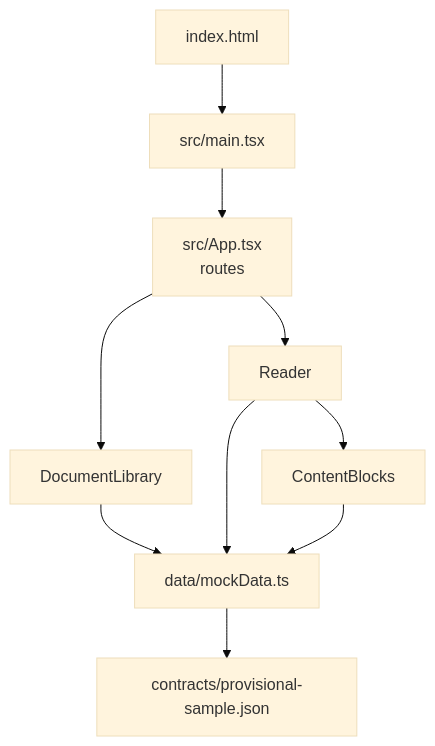
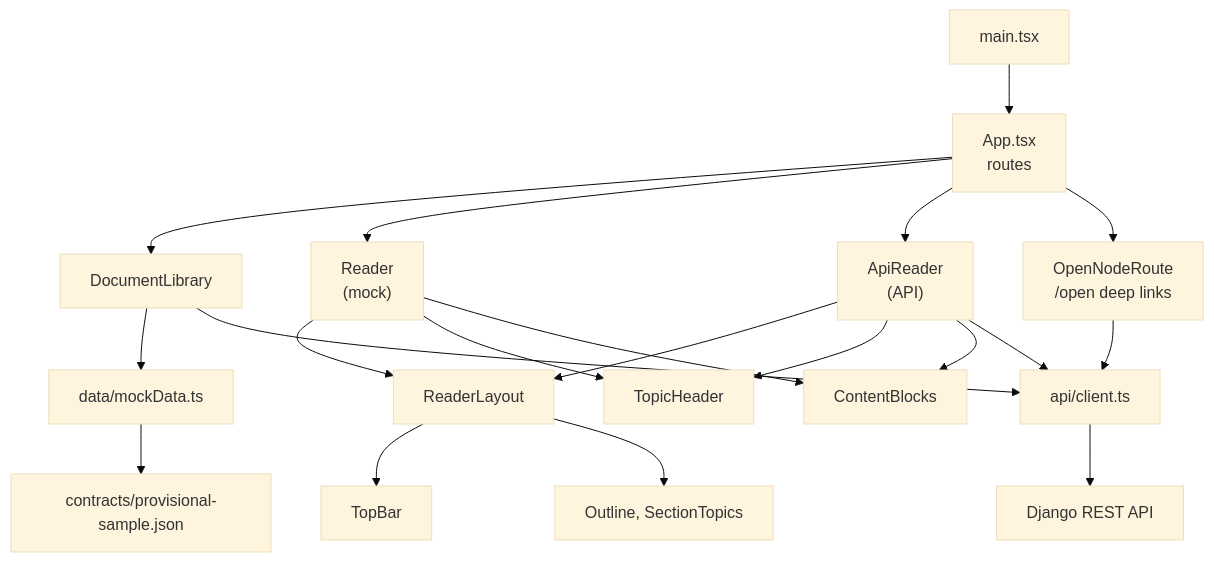
The diagram in docs/FRONTEND_GUIDE.md (kanishkagupta88666/pilot-efb), drawn with Mermaid (base theme) before and after one commit. The commit also changed other lines of this file and 6 other files, not shown here.

Commit message:
Add reader status bar and update frontend docs

````diff
--- a/docs/FRONTEND_GUIDE.md
+++ b/docs/FRONTEND_GUIDE.md
@@ -19,12 +24,22 @@
 ```mermaid
 flowchart TD
-    HTML["index.html"] --> MAIN["src/main.tsx"]
-    MAIN --> APP["src/App.tsx<br/>routes"]
+    MAIN["main.tsx"] --> APP["App.tsx<br/>routes"]
     APP --> LIB["DocumentLibrary"]
-    APP --> READER["Reader"]
+    APP --> READER["Reader<br/>(mock)"]
+    APP --> APIREADER["ApiReader<br/>(API)"]
+    APP --> OPEN["OpenNodeRoute<br/>/open deep links"]
+    READER --> LAYOUT["ReaderLayout"]
+    APIREADER --> LAYOUT
+    LAYOUT --> TOPBAR["TopBar"]
+    LAYOUT --> OUTLINE["Outline, SectionTopics"]
+    READER --> HEADER["TopicHeader"]
+    APIREADER --> HEADER
     READER --> BLOCKS["ContentBlocks"]
+    APIREADER --> BLOCKS
     LIB --> MOCK["data/mockData.ts"]
-    READER --> MOCK
-    BLOCKS --> MOCK
+    LIB --> CLIENT["api/client.ts"]
+    APIREADER --> CLIENT
+    OPEN --> CLIENT
     MOCK --> JSON["contracts/provisional-sample.json"]
+    CLIENT --> API["Django REST API"]
 ```
````
